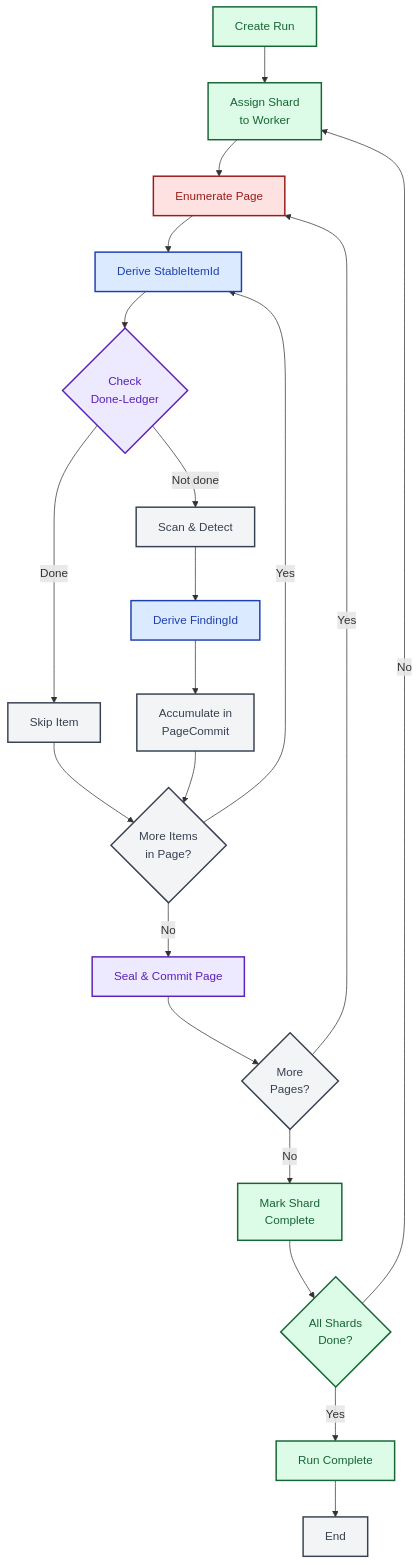
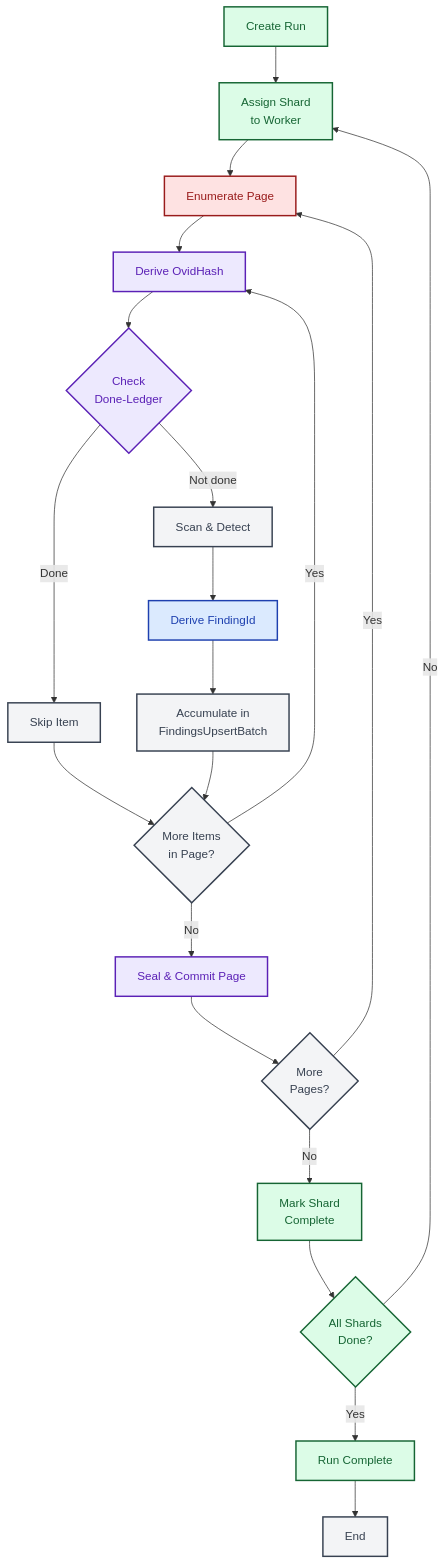
The second of 3 diagrams in diagrams/04-end-to-end-scan-flow.md (ahrav/Gossip-rs), drawn with Mermaid before and after one commit. The commit also changed other lines of this file and 5 other files, not shown here.

Commit message:
Update diagram documentation: refine 12-step scan sequence and clarify boundary roles

````diff
--- a/diagrams/04-end-to-end-scan-flow.md
+++ b/diagrams/04-end-to-end-scan-flow.md
@@ -185,57 +186,57 @@
 ```mermaid
 %% Diagram: simplified-scan-overview-flowchart
 graph TD
     A["Create Run"]
     B["Assign Shard<br/>to Worker"]
     C["Enumerate Page"]
-    D["Derive StableItemId"]
+    D["Derive OvidHash"]
     E{"Check<br/>Done-Ledger"}
     F["Skip Item"]
     G["Scan & Detect"]
     H["Derive FindingId"]
-    I["Accumulate in<br/>PageCommit"]
+    I["Accumulate in<br/>FindingsUpsertBatch"]
     J{"More Items<br/>in Page?"}
     K["Seal & Commit Page"]
     L{"More<br/>Pages?"}
     M["Mark Shard<br/>Complete"]
     N{"All Shards<br/>Done?"}
     O["Run Complete"]
     P["End"]
 
     A --> B
     B --> C
     C --> D
     D --> E
     E -- "Done" --> F
     E -- "Not done" --> G
     F --> J
     G --> H
     H --> I
     I --> J
     J -- "Yes" --> D
     J -- "No" --> K
     K --> L
     L -- "Yes" --> C
     L -- "No" --> M
     M --> N
     N -- "Yes" --> O
     N -- "No" --> B
     O --> P
 
     style A fill:#DCFCE7,stroke:#166534,stroke-width:2px,color:#166534
     style B fill:#DCFCE7,stroke:#166534,stroke-width:2px,color:#166534
     style C fill:#FEE2E2,stroke:#991B1B,stroke-width:2px,color:#991B1B
-    style D fill:#DBEAFE,stroke:#1E40AF,stroke-width:2px,color:#1E40AF
+    style D fill:#EDE9FE,stroke:#5B21B6,stroke-width:2px,color:#5B21B6
     style E fill:#EDE9FE,stroke:#5B21B6,stroke-width:2px,color:#5B21B6
     style F fill:#F3F4F6,stroke:#374151,stroke-width:2px,color:#374151
     style G fill:#F3F4F6,stroke:#374151,stroke-width:2px,color:#374151
     style H fill:#DBEAFE,stroke:#1E40AF,stroke-width:2px,color:#1E40AF
     style I fill:#F3F4F6,stroke:#374151,stroke-width:2px,color:#374151
     style J fill:#F3F4F6,stroke:#374151,stroke-width:2px,color:#374151
     style K fill:#EDE9FE,stroke:#5B21B6,stroke-width:2px,color:#5B21B6
     style L fill:#F3F4F6,stroke:#374151,stroke-width:2px,color:#374151
     style M fill:#DCFCE7,stroke:#166534,stroke-width:2px,color:#166534
     style N fill:#DCFCE7,stroke:#166534,stroke-width:2px,color:#166534
     style O fill:#DCFCE7,stroke:#166534,stroke-width:2px,color:#166534
     style P fill:#F3F4F6,stroke:#374151,stroke-width:2px,color:#374151
 ```
````
